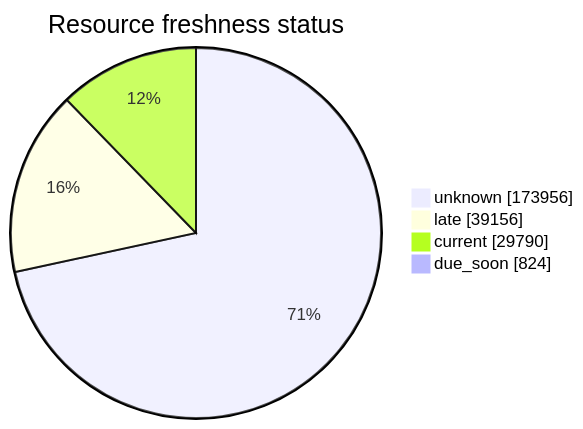
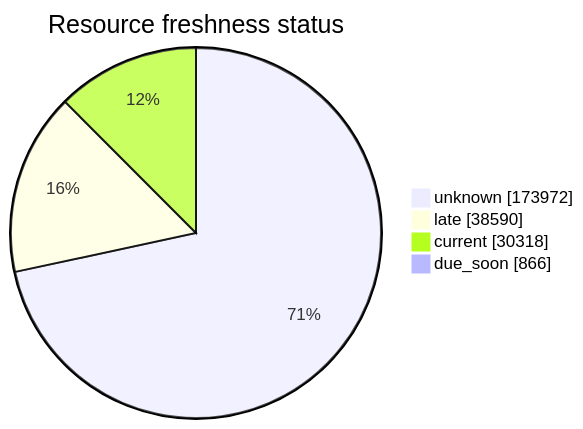
Before and after one commit to open-data/analytics-corporate-reporting: the third of 5 diagrams in FreshCheck/README.md, drawn with Mermaid. The commit also changed other lines of this file and 3 other files, not shown here.

````diff
--- a/FreshCheck/README.md
+++ b/FreshCheck/README.md
@@ -77,7 +77,7 @@
 ```mermaid
 pie showData title Resource freshness status
-    "unknown": 173956
-    "late": 39156
-    "current": 29790
-    "due_soon": 824
+    "unknown": 173972
+    "late": 38590
+    "current": 30318
+    "due_soon": 866
 ```
````
